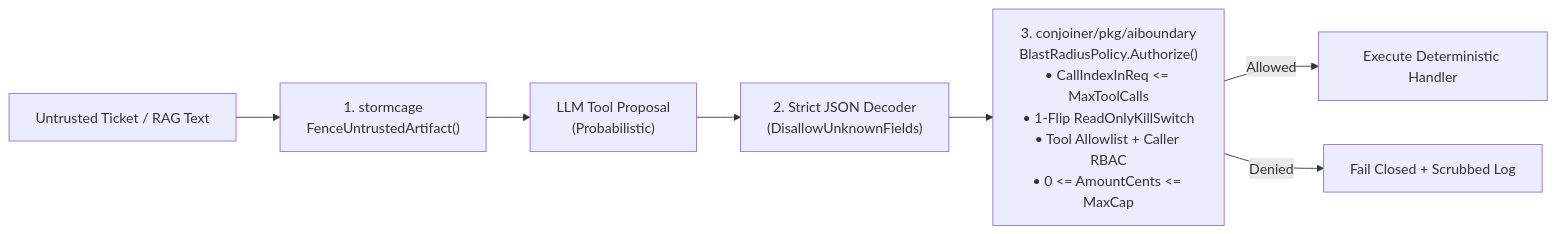
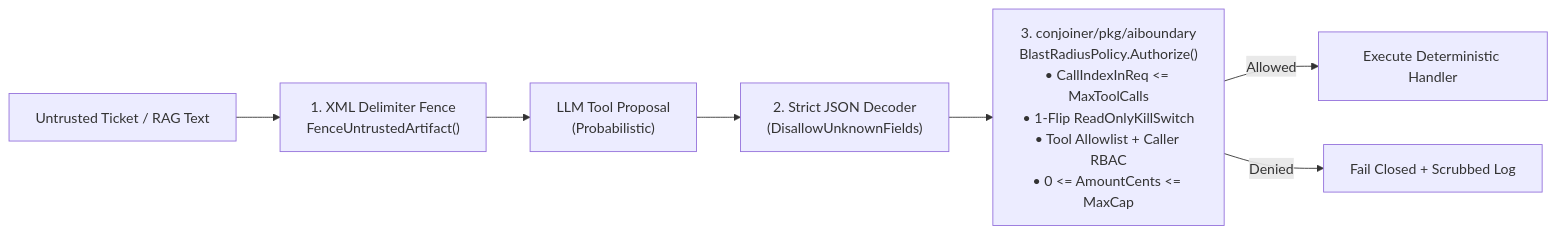
The diagram in docs/use-cases/02-in-app-ai-blast-radius-middleware.md (bonjoski/conjoiner), drawn with Mermaid before and after one commit. The commit also changed other lines of this file and 20 other files, not shown here.

````diff
--- a/docs/use-cases/02-in-app-ai-blast-radius-middleware.md
+++ b/docs/use-cases/02-in-app-ai-blast-radius-middleware.md
@@ -38,9 +38,9 @@
 ```mermaid
 flowchart LR
-    Untrusted["Untrusted Ticket / RAG Text"] --> Fence["1. stormcage<br/>FenceUntrustedArtifact()"]
+    Untrusted["Untrusted Ticket / RAG Text"] --> Fence["1. XML Delimiter Fence<br/>FenceUntrustedArtifact()"]
     Fence --> LLM["LLM Tool Proposal<br/>(Probabilistic)"]
     LLM --> StrictJSON["2. Strict JSON Decoder<br/>(DisallowUnknownFields)"]
     StrictJSON --> Policy["3. conjoiner/pkg/aiboundary<br/>BlastRadiusPolicy.Authorize()<br/>• CallIndexInReq <= MaxToolCalls<br/>• 1-Flip ReadOnlyKillSwitch<br/>• Tool Allowlist + Caller RBAC<br/>• 0 <= AmountCents <= MaxCap"]
     Policy -->|Allowed| Exec["Execute Deterministic Handler"]
     Policy -->|Denied| FailClosed["Fail Closed + Scrubbed Log"]
 ```
````
